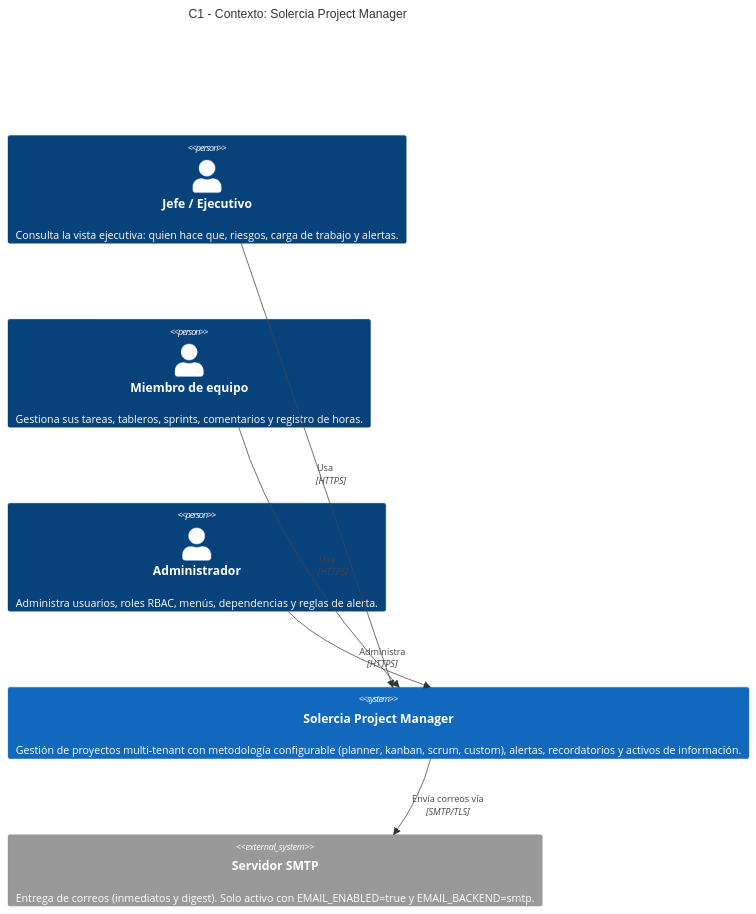
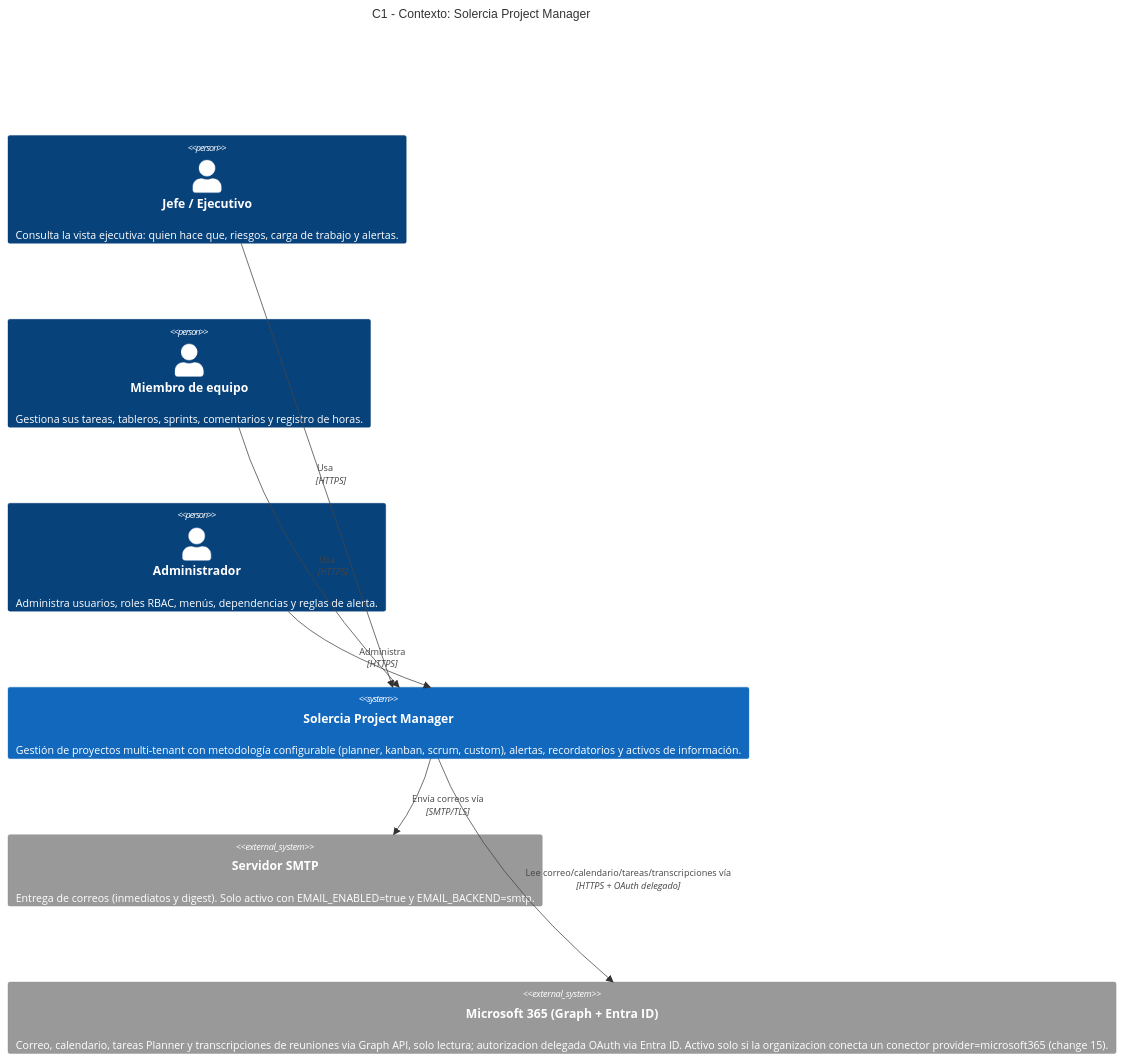
One commit to solercia-solutions/solercia-command changed the first of 3 diagrams in docs/diagrams/c4-architecture.md. Above: the diagram before and after it, drawn with Mermaid. The commit also changed other lines of this file and 2 other files, not shown here.

First line of the commit message:
feat(microsoft365): frontera solo lectura docs c4 y httpx en requirements

````diff
--- a/docs/diagrams/c4-architecture.md
+++ b/docs/diagrams/c4-architecture.md
@@ -23,17 +26,19 @@
 ```mermaid
 C4Context
     title C1 - Contexto: Solercia Project Manager
 
     Person(jefe, "Jefe / Ejecutivo", "Consulta la vista ejecutiva: quien hace que, riesgos, carga de trabajo y alertas.")
     Person(miembro, "Miembro de equipo", "Gestiona sus tareas, tableros, sprints, comentarios y registro de horas.")
     Person(admin, "Administrador", "Administra usuarios, roles RBAC, menús, dependencias y reglas de alerta.")
 
     System(spm, "Solercia Project Manager", "Gestión de proyectos multi-tenant con metodología configurable (planner, kanban, scrum, custom), alertas, recordatorios y activos de información.")
 
     System_Ext(smtp, "Servidor SMTP", "Entrega de correos (inmediatos y digest). Solo activo con EMAIL_ENABLED=true y EMAIL_BACKEND=smtp.")
+    System_Ext(m365, "Microsoft 365 (Graph + Entra ID)", "Correo, calendario, tareas Planner y transcripciones de reuniones via Graph API, solo lectura; autorizacion delegada OAuth via Entra ID. Activo solo si la organizacion conecta un conector provider=microsoft365 (change 15).")
 
     Rel(jefe, spm, "Usa", "HTTPS")
     Rel(miembro, spm, "Usa", "HTTPS")
     Rel(admin, spm, "Administra", "HTTPS")
     Rel(spm, smtp, "Envía correos vía", "SMTP/TLS")
+    Rel(spm, m365, "Lee correo/calendario/tareas/transcripciones vía", "HTTPS + OAuth delegado")
 ```
````
